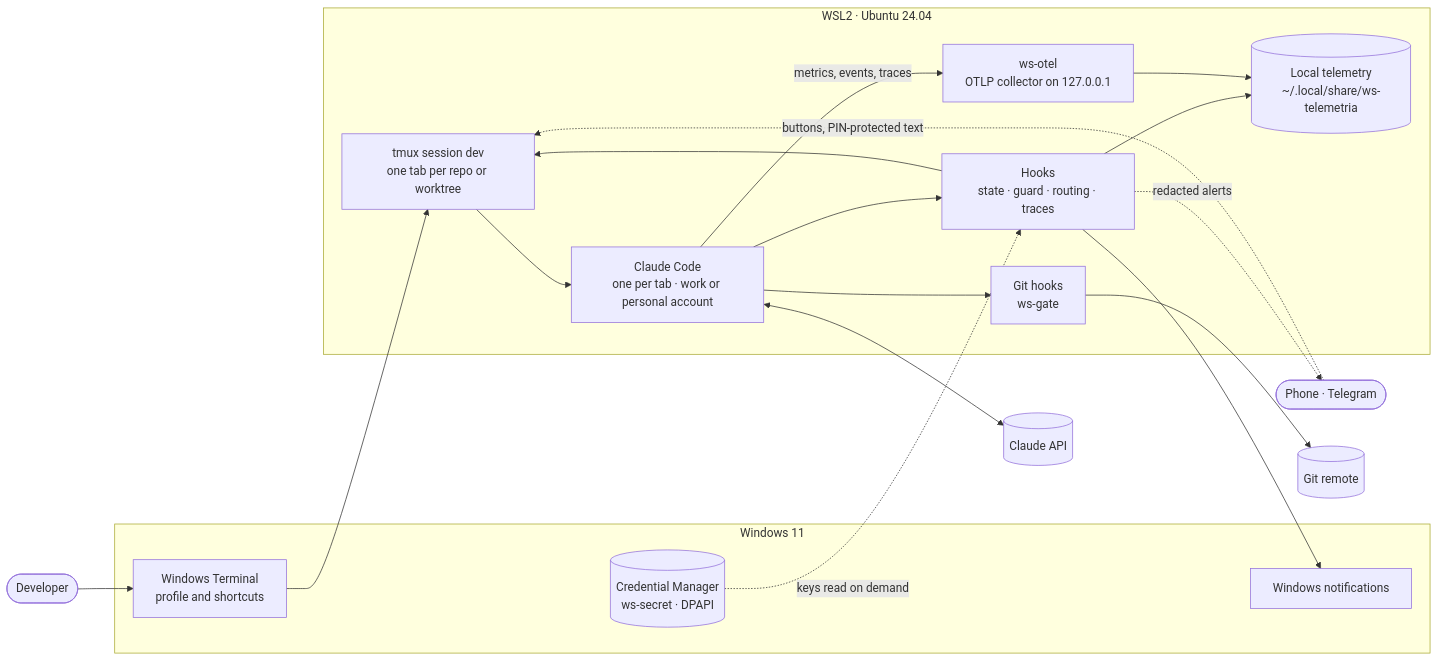
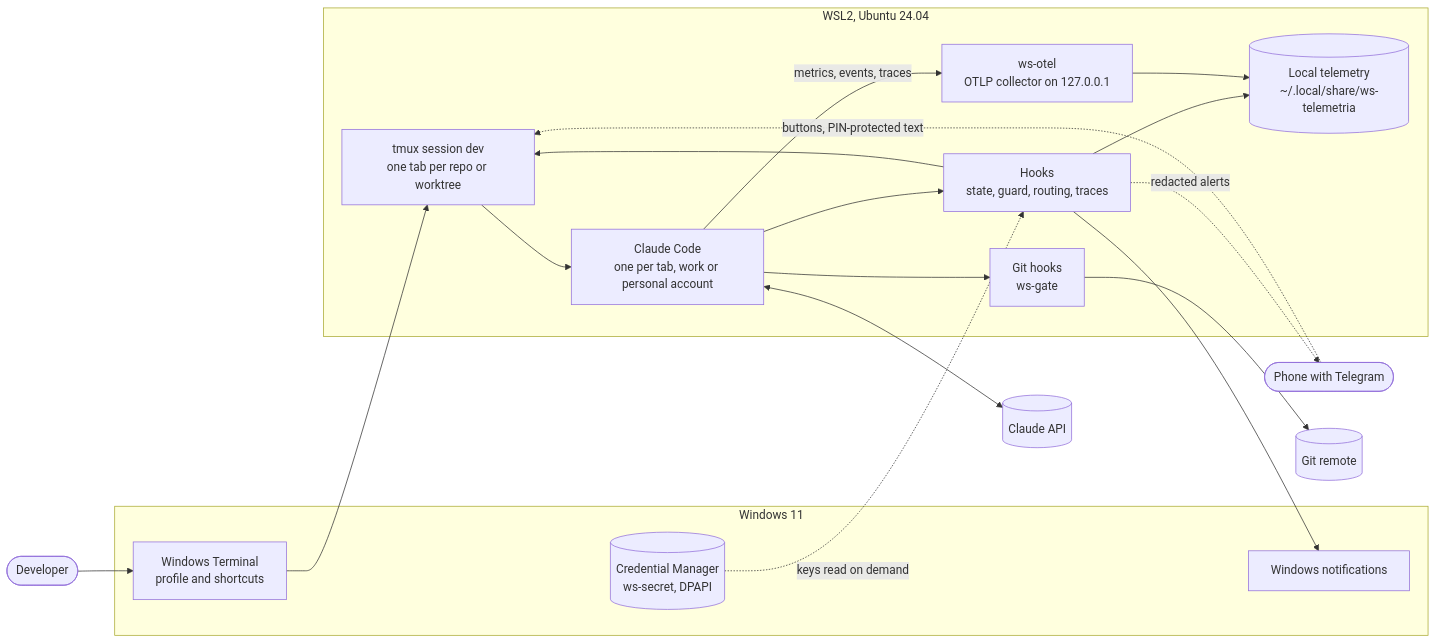
The diagram in README.md (andreshma/claude-workstation), drawn with Mermaid before and after one commit. The commit also changed other lines of this file and 23 other files, not shown here.

````diff
--- a/README.md
+++ b/README.md
@@ -99,32 +86,32 @@
 ```mermaid
 flowchart LR
-  user([Developer])
-  phone([Phone · Telegram])
-  subgraph windows[Windows 11]
-    wt[Windows Terminal<br/>profile and shortcuts]
-    cred[(Credential Manager<br/>ws-secret · DPAPI)]
-    toast[Windows notifications]
+  user(["Developer"])
+  phone(["Phone with Telegram"])
+  subgraph windows["Windows 11"]
+    wt["Windows Terminal<br/>profile and shortcuts"]
+    cred[("Credential Manager<br/>ws-secret, DPAPI")]
+    toast["Windows notifications"]
   end
-  subgraph wsl[WSL2 · Ubuntu 24.04]
-    tmux[tmux session dev<br/>one tab per repo or worktree]
-    claude[Claude Code<br/>one per tab · work or personal account]
-    hooks[Hooks<br/>state · guard · routing · traces]
-    gate[Git hooks<br/>ws-gate]
-    otel[ws-otel<br/>OTLP collector on 127.0.0.1]
-    telem[(Local telemetry<br/>~/.local/share/ws-telemetria)]
+  subgraph wsl["WSL2, Ubuntu 24.04"]
+    tmux["tmux session dev<br/>one tab per repo or worktree"]
+    claude["Claude Code<br/>one per tab, work or personal account"]
+    hooks["Hooks<br/>state, guard, routing, traces"]
+    gate["Git hooks<br/>ws-gate"]
+    otel["ws-otel<br/>OTLP collector on 127.0.0.1"]
+    telem[("Local telemetry<br/>~/.local/share/ws-telemetria")]
   end
-  api[(Claude API)]
-  remote[(Git remote)]
+  api[("Claude API")]
+  remote[("Git remote")]
 
   user --> wt --> tmux --> claude
   claude --> hooks
   hooks --> tmux
   hooks --> telem
   hooks --> toast
-  claude -- metrics, events, traces --> otel --> telem
+  claude -- "metrics, events, traces" --> otel --> telem
   claude <--> api
   claude --> gate --> remote
-  hooks -. redacted alerts .-> phone
-  phone -. buttons, PIN-protected text .-> tmux
-  cred -. keys read on demand .-> hooks
+  hooks -. "redacted alerts" .-> phone
+  phone -. "buttons, PIN-protected text" .-> tmux
+  cred -. "keys read on demand" .-> hooks
 ```
````
